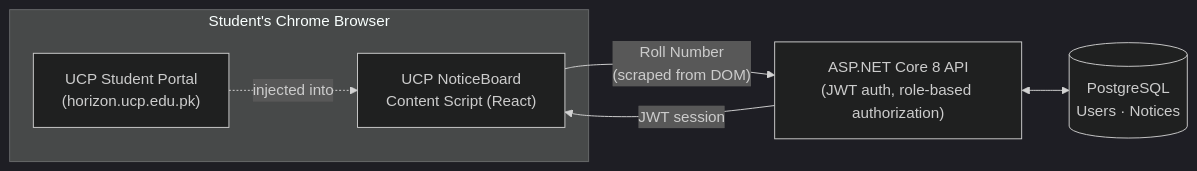
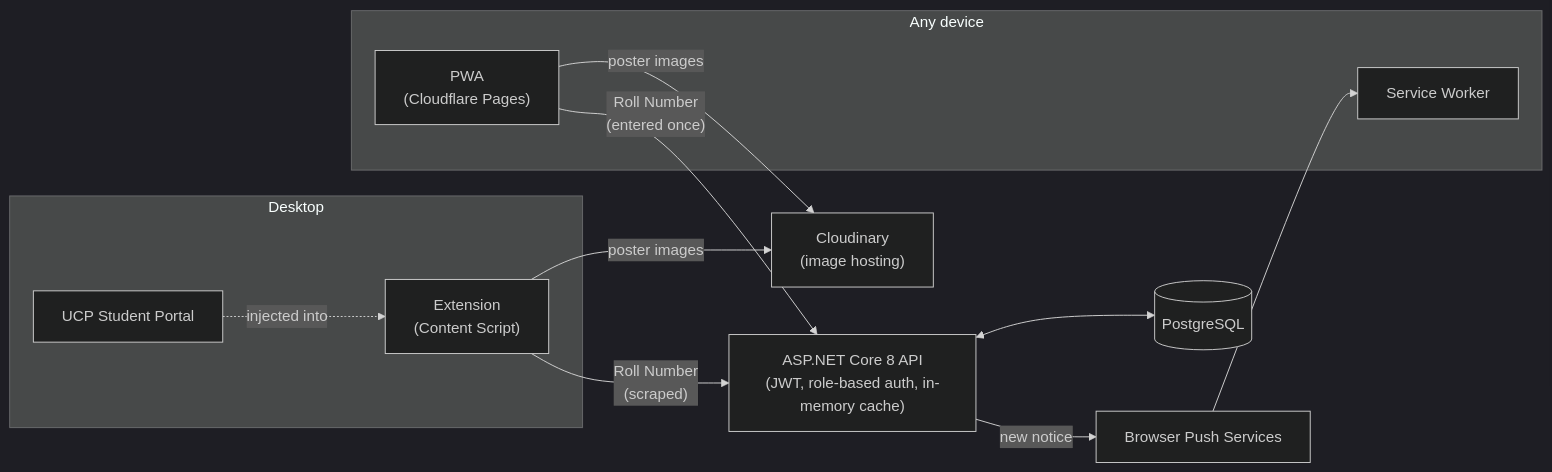
One commit to saad-nazir-0289/ucp-noticeboard changed the diagram in README.md. Above: the diagram before and after it, drawn with Mermaid (dark theme). The commit also changed other lines of this file, not shown here.

````diff
--- a/README.md
+++ b/README.md
@@ -45,15 +54,26 @@
 ```mermaid
 flowchart LR
-    subgraph Browser["Student's Chrome Browser"]
-        Portal["UCP Student Portal\n(horizon.ucp.edu.pk)"]
-        Ext["UCP NoticeBoard\nContent Script (React)"]
+    subgraph Desktop["Desktop"]
+        Portal["UCP Student Portal"]
+        Ext["Extension\n(Content Script)"]
         Portal -. injected into .-> Ext
     end
 
-    Ext -- "Roll Number\n(scraped from DOM)" --> API
-    API["ASP.NET Core 8 API\n(JWT auth, role-based authorization)"]
-    DB[("PostgreSQL\nUsers · Notices")]
+    subgraph Mobile["Any device"]
+        PWA["PWA\n(Cloudflare Pages)"]
+        SW["Service Worker"]
+    end
 
+    API["ASP.NET Core 8 API\n(JWT, role-based auth, in-memory cache)"]
+    DB[("PostgreSQL")]
+    Cloudinary["Cloudinary\n(image hosting)"]
+    Push["Browser Push Services"]
+
+    Ext -- "Roll Number\n(scraped)" --> API
+    PWA -- "Roll Number\n(entered once)" --> API
     API <--> DB
-    API -- "JWT session" --> Ext
+    Ext -- "poster images" --> Cloudinary
+    PWA -- "poster images" --> Cloudinary
+    API -- "new notice" --> Push
+    Push --> SW
 ```
````
